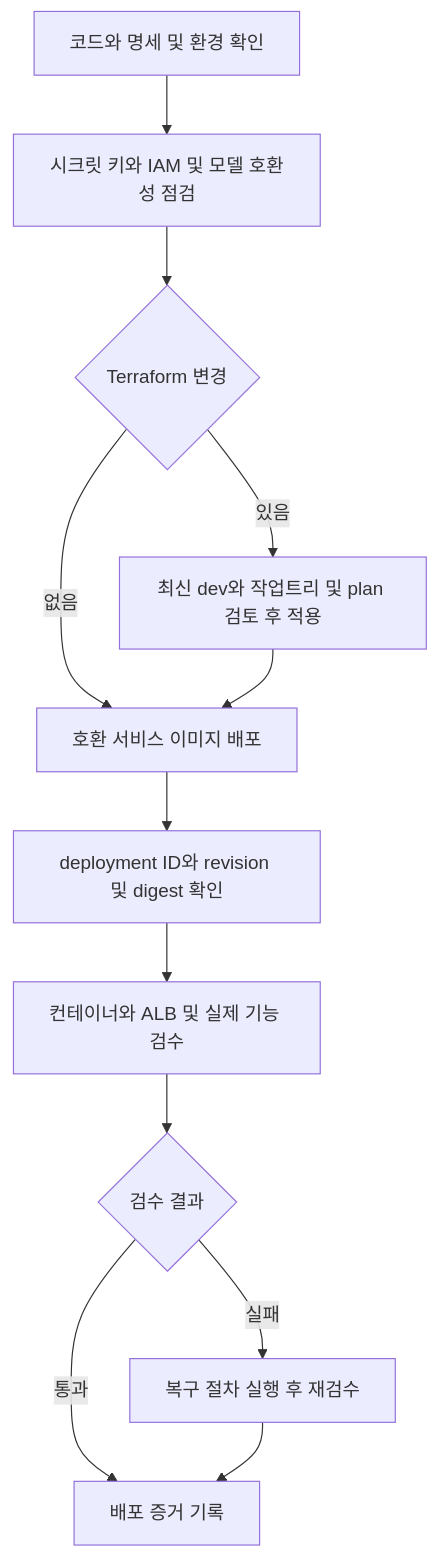
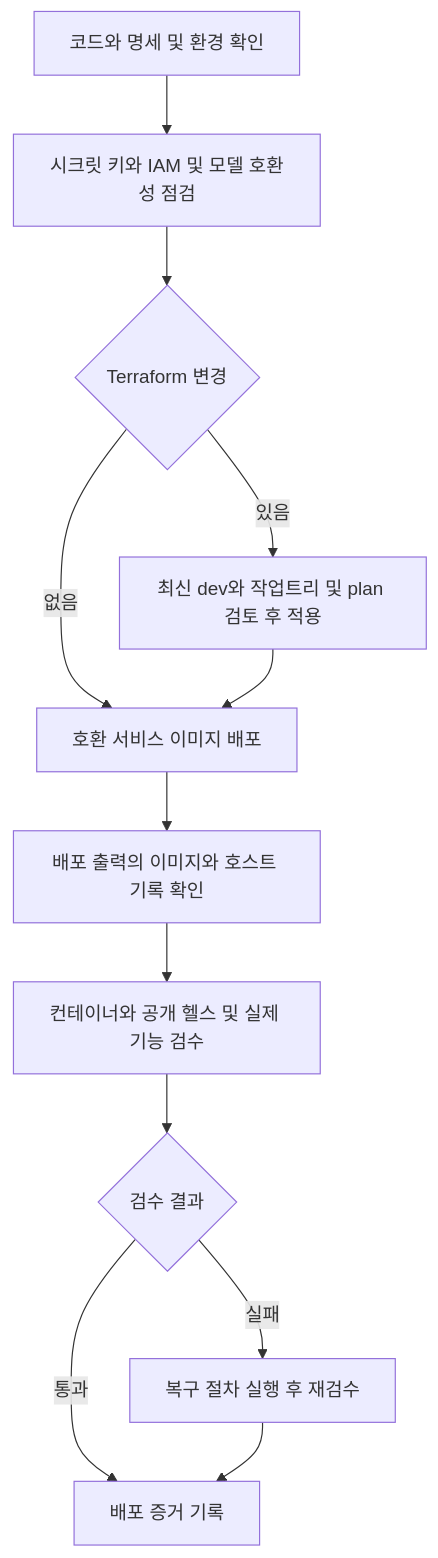
One commit to KIM-N-KANG/knk-harness changed the second of 5 diagrams in docs/operations/DEPLOYMENT.md. Above: the diagram before and after it, drawn with Mermaid. The commit also changed other lines of this file and 33 other files, not shown here.

````diff
--- a/docs/operations/DEPLOYMENT.md
+++ b/docs/operations/DEPLOYMENT.md
@@ -212,14 +218,14 @@
 ```mermaid
 flowchart TD
     A["코드와 명세 및 환경 확인"] --> B["시크릿 키와 IAM 및 모델 호환성 점검"]
     B --> C{"Terraform 변경"}
     C -->|있음| D["최신 dev와 작업트리 및 plan 검토 후 적용"]
     C -->|없음| E["호환 서비스 이미지 배포"]
     D --> E
-    E --> F["deployment ID와 revision 및 digest 확인"]
-    F --> G["컨테이너와 ALB 및 실제 기능 검수"]
+    E --> F["배포 출력의 이미지와 호스트 기록 확인"]
+    F --> G["컨테이너와 공개 헬스 및 실제 기능 검수"]
     G --> H{"검수 결과"}
     H -->|통과| I["배포 증거 기록"]
     H -->|실패| J["복구 절차 실행 후 재검수"]
     J --> I
 ```
````
